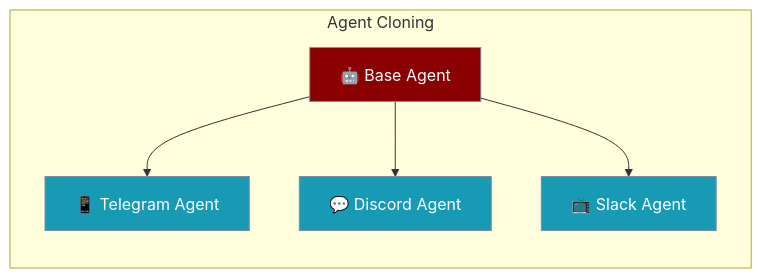
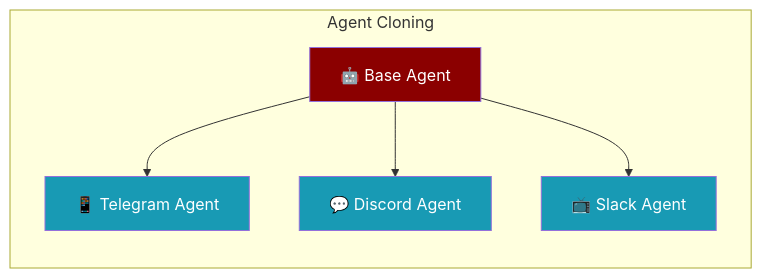
The first of 2 diagrams in docs/features/agent-cloning.mdx (MervinPraison/PraisonAIDocs), drawn with Mermaid before and after one commit. The commit also changed 24 other files, not shown here.

````diff
--- a/docs/features/agent-cloning.mdx
+++ b/docs/features/agent-cloning.mdx
@@ -10,14 +10,14 @@
 ```mermaid
 graph LR
     subgraph "Agent Cloning"
         Base[🤖 Base Agent] --> Clone1[📱 Telegram Agent]
         Base --> Clone2[💬 Discord Agent]
         Base --> Clone3[📺 Slack Agent]
     end
     
-    classDef base fill:#8B0000,stroke:#7C90A0,color:#fff
-    classDef clone fill:#189AB4,stroke:#7C90A0,color:#fff
+    classDef agent fill:#8B0000,color:#fff
+    classDef tool fill:#189AB4,color:#fff
     
-    class Base base
-    class Clone1,Clone2,Clone3 clone
+    class Base agent
+    class Clone1,Clone2,Clone3 tool
 ```
````
